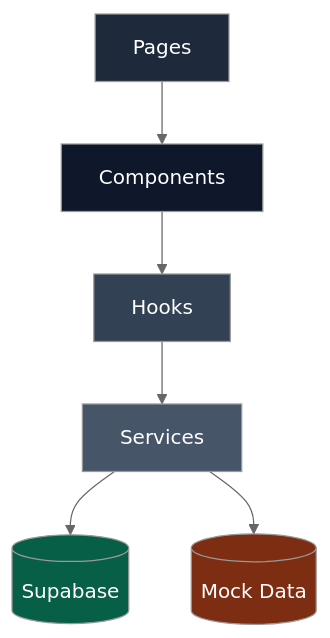
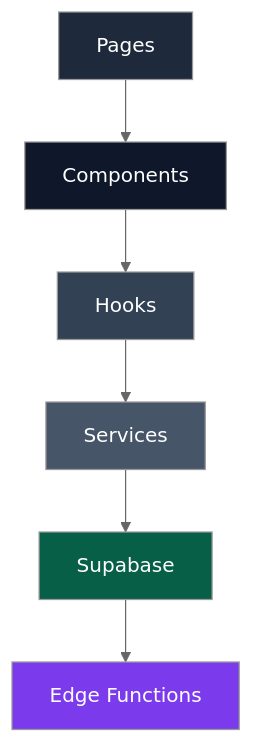
Before and after one commit to Projeto-Fluidity/fluidity: the first of 4 diagrams in README.md, drawn with Mermaid (neutral theme). The commit also changed other lines of this file, not shown here.

````diff
--- a/README.md
+++ b/README.md
@@ -37,16 +95,23 @@
 ```mermaid
 flowchart TD
 
-A[Pages] --> B[Components]
-B --> C[Hooks]
-C --> D[Services]
-D --> E[(Supabase)]
-D --> F[(Mock Data)]
+Page["Pages"]
+Component["Components"]
+Hook["Hooks"]
+Service["Services"]
+Supabase["Supabase"]
+Edge["Edge Functions"]
 
-style A fill:#1e293b,color:#fff
-style B fill:#0f172a,color:#fff
-style C fill:#334155,color:#fff
-style D fill:#475569,color:#fff
-style E fill:#065f46,color:#fff
-style F fill:#7c2d12,color:#fff
+Page --> Component
+Component --> Hook
+Hook --> Service
+Service --> Supabase
+Supabase --> Edge
+
+style Page fill:#1e293b,color:#fff
+style Component fill:#0f172a,color:#fff
+style Hook fill:#334155,color:#fff
+style Service fill:#475569,color:#fff
+style Supabase fill:#065f46,color:#fff
+style Edge fill:#7c3aed,color:#fff
 ```
````
